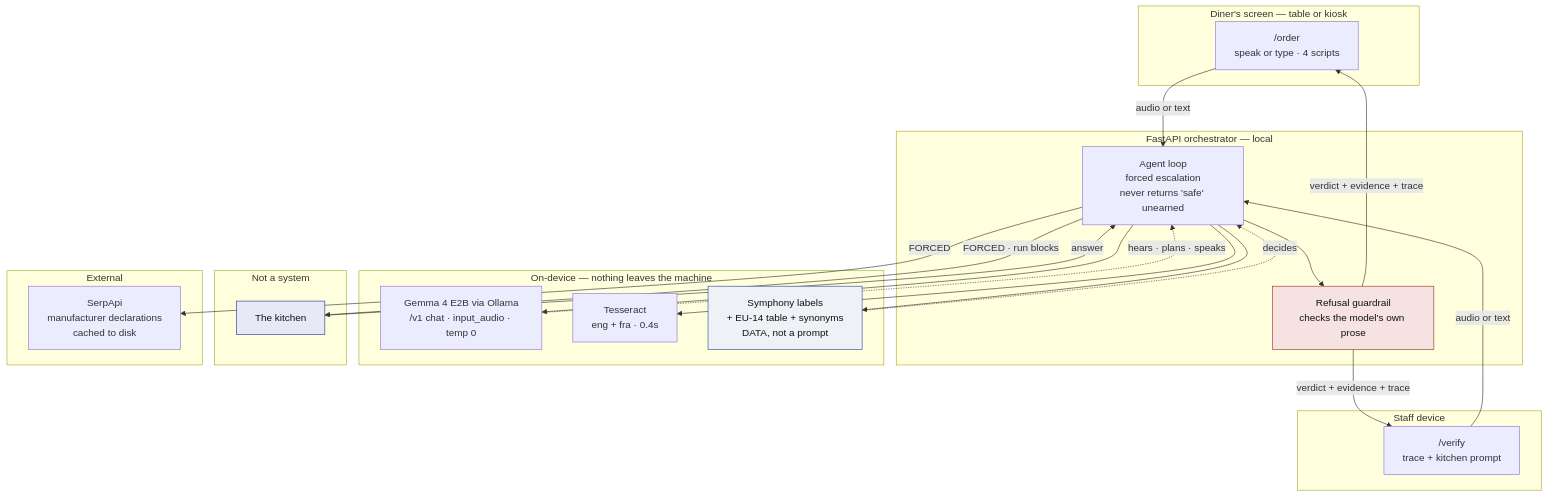
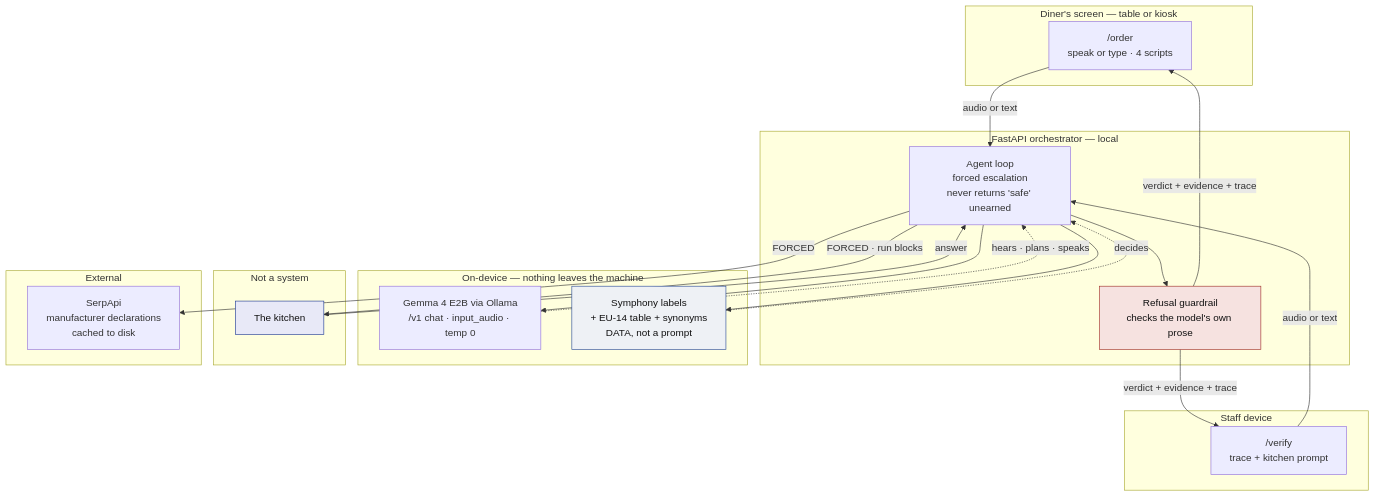
One commit to soneeee22000/safeplate changed the second of 5 diagrams in README.md. Above: the diagram before and after it, drawn with Mermaid. The commit also changed other lines of this file and 6 other files, not shown here.

````diff
--- a/README.md
+++ b/README.md
@@ -161,48 +166,46 @@
 ```mermaid
 flowchart TB
     subgraph Diner["Diner's screen — table or kiosk"]
         ORDER["/order<br/>speak or type · 4 scripts"]
     end
 
     subgraph Staff["Staff device"]
         VERIFY["/verify<br/>trace + kitchen prompt"]
     end
 
     subgraph Service["FastAPI orchestrator — local"]
         LOOP["Agent loop<br/>forced escalation<br/>never returns 'safe' unearned"]
         GUARD["Refusal guardrail<br/>checks the model's own prose"]
     end
 
     subgraph Device["On-device — nothing leaves the machine"]
         GEMMA["Gemma 4 E2B via Ollama<br/>/v1 chat · input_audio · temp 0"]
-        OCR["Tesseract<br/>eng + fra · 0.4s"]
         MENU["Symphony labels<br/>+ EU-14 table + synonyms<br/>DATA, not a prompt"]
     end
 
     subgraph Human["Not a system"]
         CHEF["The kitchen"]
     end
 
     subgraph Ext["External"]
         SERP["SerpApi<br/>manufacturer declarations<br/>cached to disk"]
     end
 
     ORDER -->|audio or text| LOOP
     VERIFY -->|audio or text| LOOP
     LOOP --> GEMMA
-    LOOP --> OCR
     LOOP --> MENU
     LOOP -->|FORCED| SERP
     LOOP -->|FORCED · run blocks| CHEF
     CHEF -->|answer| LOOP
     LOOP --> GUARD
     GUARD -->|verdict + evidence + trace| ORDER
     GUARD -->|verdict + evidence + trace| VERIFY
 
     GEMMA -.->|hears · plans · speaks| LOOP
     MENU -.->|decides| LOOP
 
     style MENU fill:#eef1f5,stroke:#2a4c99,color:#111
     style CHEF fill:#e8e9f7,stroke:#1f3a93,color:#111
     style GUARD fill:#f6e2e0,stroke:#a02f28,color:#111
 ```
````
